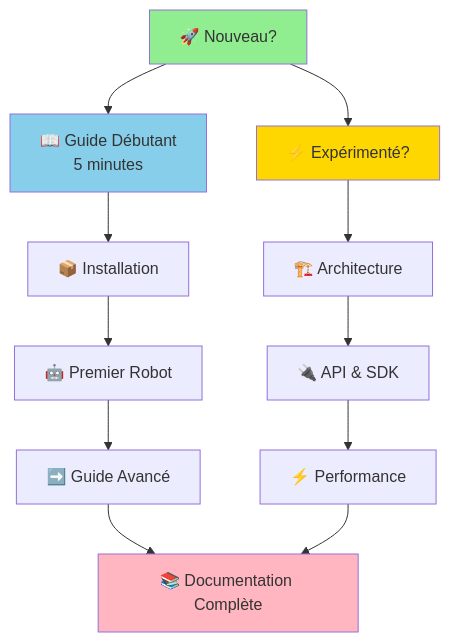
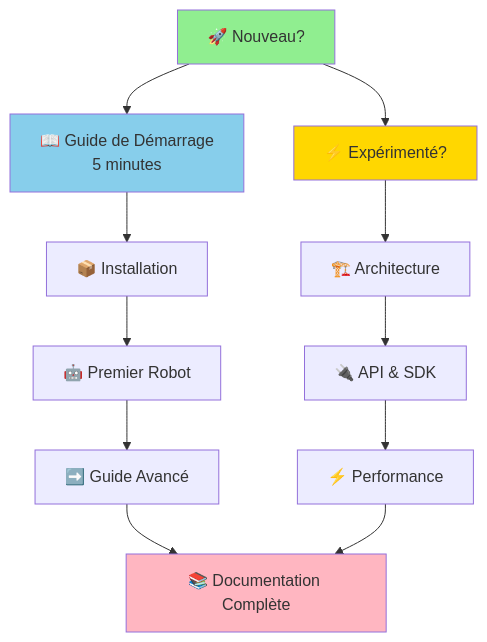
One commit to arkalia-luna-system/bbia-sim changed the diagram in docs/README.md. Above: the diagram before and after it, drawn with Mermaid. The commit also changed other lines of this file and 19 other files, not shown here.

````diff
--- a/docs/README.md
+++ b/docs/README.md
@@ -18,22 +18,22 @@
 ```mermaid
 flowchart TB
-    START[🚀 Nouveau?] --> DEBUT[📖 Guide Débutant<br/>5 minutes]
+    START[🚀 Nouveau?] --> DEBUT[📖 Guide de Démarrage<br/>5 minutes]
     START --> AVANCE[⚡ Expérimenté?]
 
     DEBUT --> INSTALL[📦 Installation]
     INSTALL --> FIRST[🤖 Premier Robot]
     FIRST --> GUIDE[➡️ Guide Avancé]
 
     AVANCE --> ARCH[🏗️ Architecture]
     ARCH --> API[🔌 API & SDK]
     API --> PERF[⚡ Performance]
 
     GUIDE --> NEXT[📚 Documentation Complète]
     PERF --> NEXT
 
     style START fill:#90EE90
     style DEBUT fill:#87CEEB
     style AVANCE fill:#FFD700
     style NEXT fill:#FFB6C1
 
 ```
````
